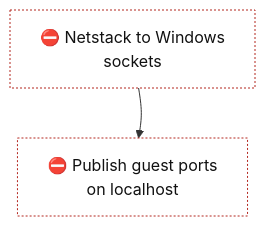
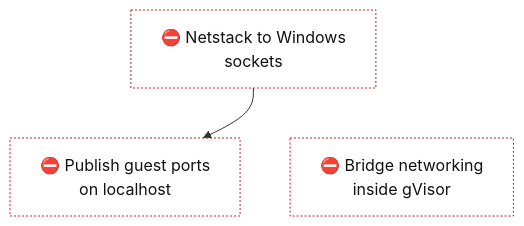
Before and after one commit to lhns/gvisor-windows: the diagram in docs/roadmap/tracks/net.md, drawn with Mermaid. The commit also changed other lines of this file and 4 other files, not shown here.

First line of the commit message:
Track fixing bridge networking in gVisor as its own node

````diff
--- a/docs/roadmap/tracks/net.md
+++ b/docs/roadmap/tracks/net.md
@@ -10,22 +10,24 @@
 ```mermaid
 flowchart TB
     net_netstack_windows_link["⛔ Netstack to Windows<br/>sockets"]
     net_port_forwarding["⛔ Publish guest ports<br/>on localhost"]
+    net_bridge_networking["⛔ Bridge networking<br/>inside gVisor"]
     net_netstack_windows_link ~~~ net_port_forwarding
+    net_netstack_windows_link ~~~ net_bridge_networking
     net_netstack_windows_link --> net_port_forwarding
     classDef vsucc fill:#2e9e4f,stroke:#1b6b34,color:#fff
     classDef succ fill:#bfe8c8,stroke:#2e9e4f,color:#111
     classDef mixed fill:#ffd37a,stroke:#c98a00,color:#111
     classDef bad fill:#f28b82,stroke:#b3261e,color:#111
     classDef dead fill:#e6e6e6,stroke:#777,stroke-dasharray:5 5,color:#555
     classDef inprog fill:#a8cdf5,stroke:#1f6fc5,color:#111
     classDef next fill:#fff,stroke:#333,color:#111
     classDef blocked fill:#fff,stroke:#b3261e,stroke-dasharray:2 2,color:#111
     classDef parked fill:#f3f3f3,stroke:#999,color:#555
     classDef unrated fill:#fff,stroke:#333,stroke-dasharray:1 3,color:#111
     classDef gate fill:#d9c2f0,stroke:#7b3fb5,color:#111
     classDef decided fill:#ece0f7,stroke:#7b3fb5,stroke-dasharray:2 2,color:#111
     classDef finding fill:#ffe0b2,stroke:#d84315,stroke-width:2px,color:#111
     classDef waiting fill:#e3f2fd,stroke:#1f6fc5,stroke-dasharray:5 5,color:#111
-    class net_netstack_windows_link,net_port_forwarding blocked
+    class net_netstack_windows_link,net_port_forwarding,net_bridge_networking blocked
 ```
````
